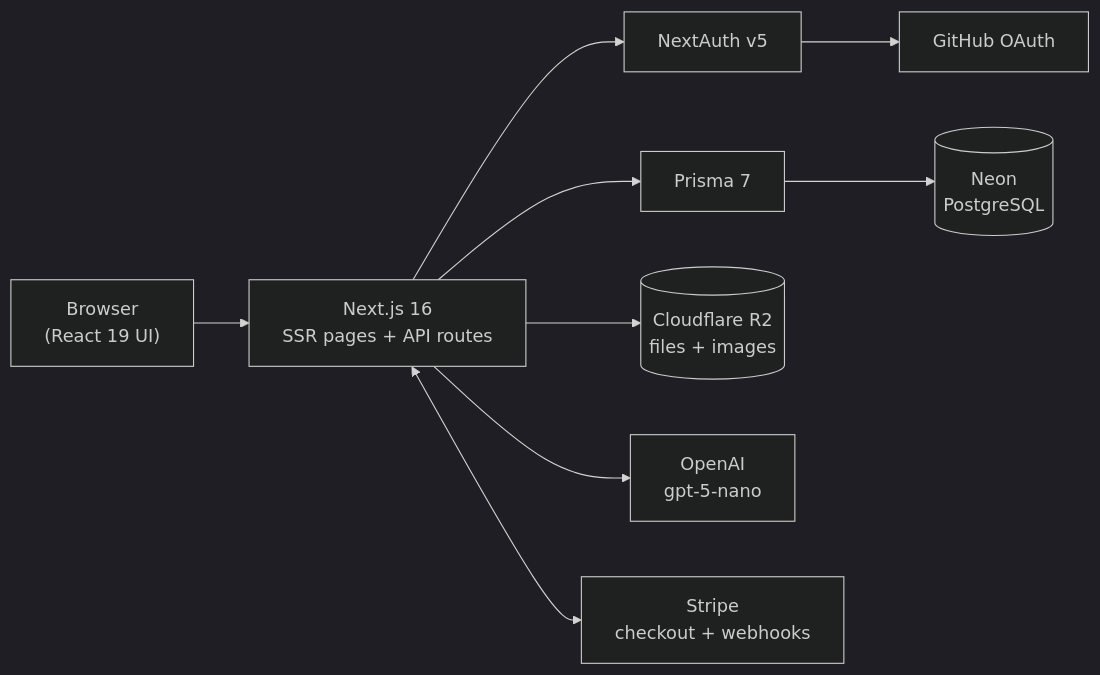
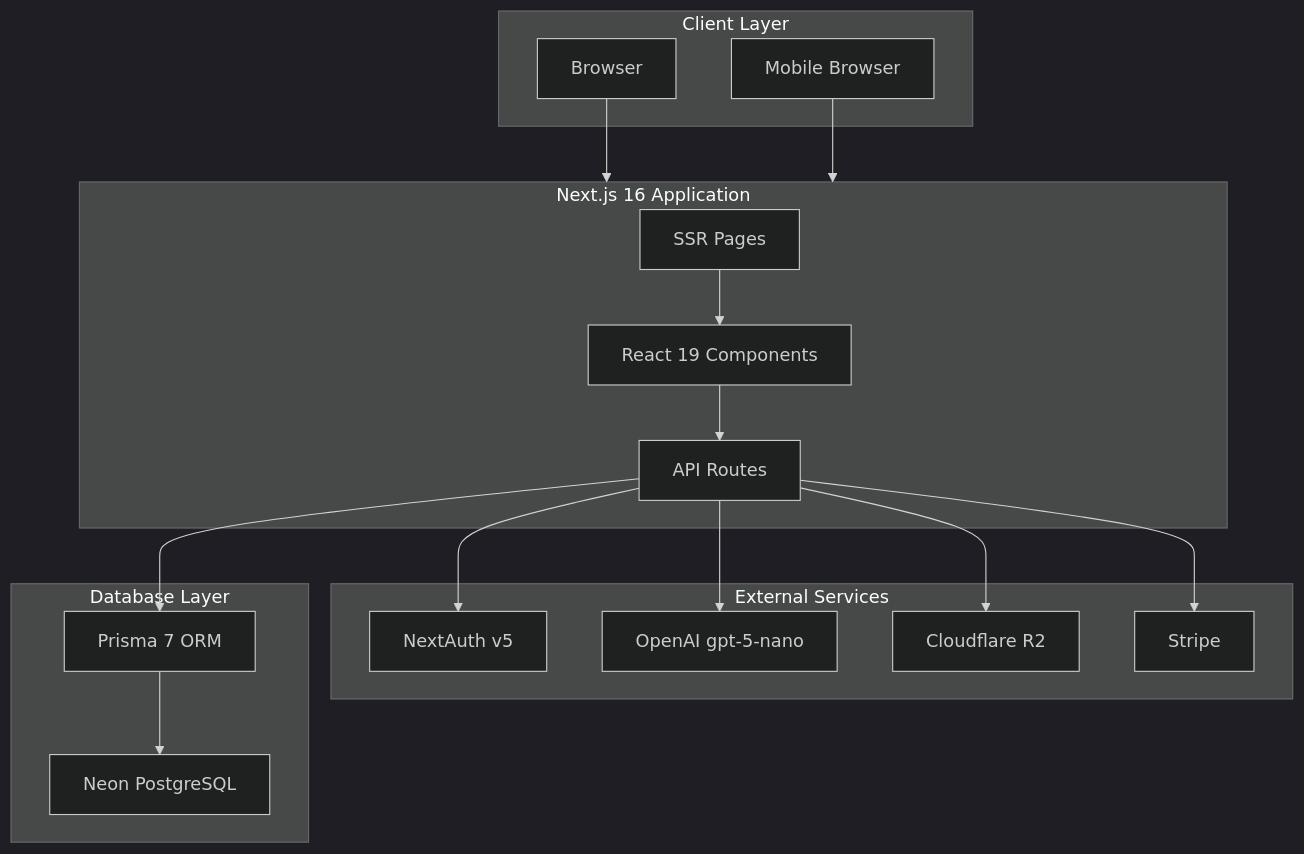
The second of 3 diagrams in context/project-overview.md (Faisal-fz/DevMind), drawn with Mermaid (dark theme) before and after one commit. The commit also changed other lines of this file and 3 other files, not shown here.

````diff
--- a/context/project-overview.md
+++ b/context/project-overview.md
@@ -372,11 +441,36 @@
 ```mermaid
-flowchart LR
-    Browser["Browser<br/>(React 19 UI)"] --> Next["Next.js 16<br/>SSR pages + API routes"]
-    Next --> Auth["NextAuth v5"]
-    Auth --> GitHub["GitHub OAuth"]
-    Next --> Prisma["Prisma 7"]
-    Prisma --> Neon[("Neon<br/>PostgreSQL")]
-    Next --> R2[("Cloudflare R2<br/>files + images")]
-    Next --> OpenAI["OpenAI<br/>gpt-5-nano"]
-    Next <--> Stripe["Stripe<br/>checkout + webhooks"]
+flowchart TB
+    subgraph Client["Client Layer"]
+        Browser["Browser"]
+        Mobile["Mobile Browser"]
+    end
+
+    subgraph NextJS["Next.js 16 Application"]
+        Pages["SSR Pages"]
+        Components["React 19 Components"]
+        API["API Routes"]
+    end
+
+    subgraph Services["External Services"]
+        Auth["NextAuth v5"]
+        AI["OpenAI gpt-5-nano"]
+        Storage["Cloudflare R2"]
+        Payments["Stripe"]
+    end
+
+    subgraph Database["Database Layer"]
+        Neon["Neon PostgreSQL"]
+        Prisma["Prisma 7 ORM"]
+    end
+
+    Browser --> NextJS
+    Mobile --> NextJS
+    Pages --> Components
+    Components --> API
+    API --> Auth
+    API --> AI
+    API --> Storage
+    API --> Payments
+    API --> Prisma
+    Prisma --> Neon
 ```
````
